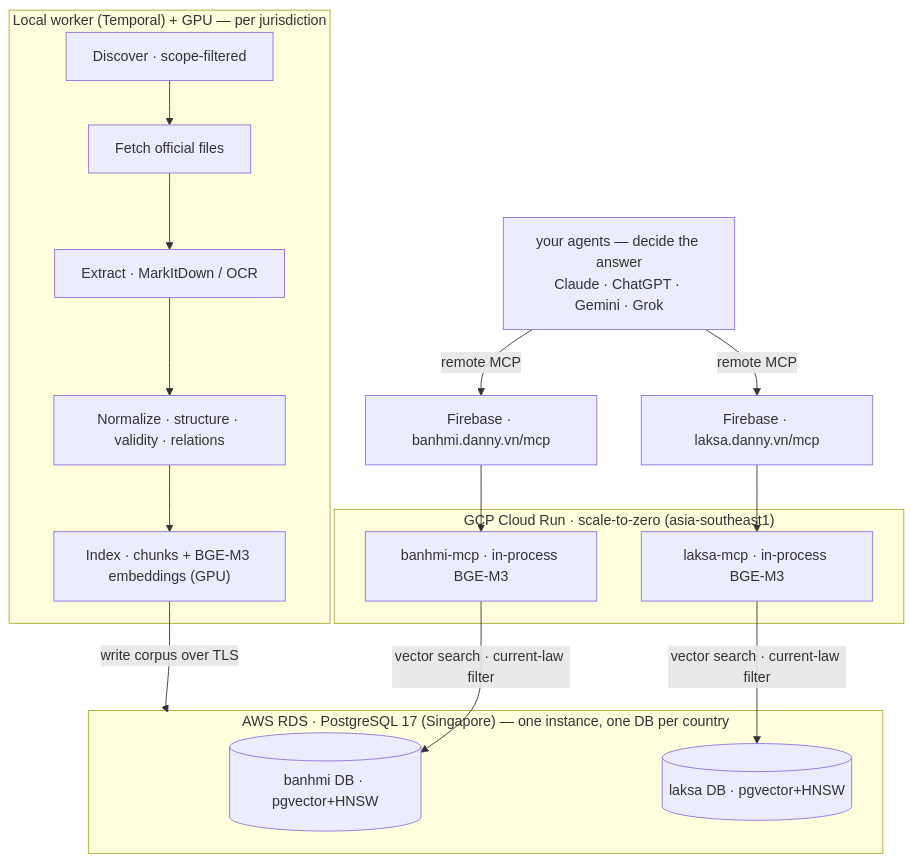
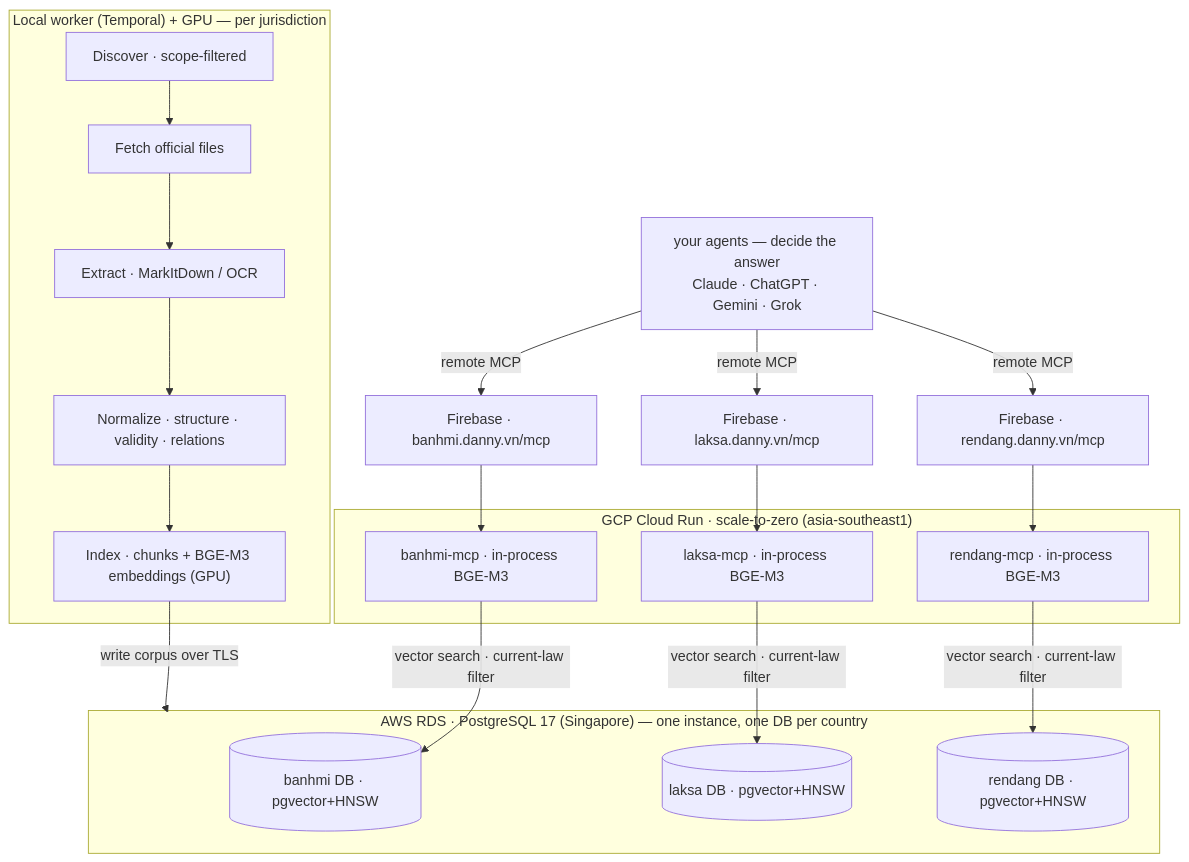
Before and after one commit to dannyota/banhmi: the diagram in README.md, drawn with Mermaid. The commit also changed other lines of this file and 2 other files, not shown here.

First line of the commit message:
docs: add rendang (Indonesia) as live jurisdiction

````diff
--- a/README.md
+++ b/README.md
@@ -88,26 +96,30 @@
 ```mermaid
 flowchart TB
   subgraph LOCAL["Local worker (Temporal) + GPU — per jurisdiction"]
     DISC["Discover · scope-filtered"] --> DL["Fetch official files"]
     DL --> EXT["Extract · MarkItDown / OCR"]
     EXT --> NORM["Normalize · structure · validity · relations"]
     NORM --> IDX["Index · chunks + BGE-M3 embeddings (GPU)"]
   end
 
   subgraph RDS["AWS RDS · PostgreSQL 17 (Singapore) — one instance, one DB per country"]
     PGVN[("banhmi DB · pgvector+HNSW")]
     PGMY[("laksa DB · pgvector+HNSW")]
+    PGID[("rendang DB · pgvector+HNSW")]
   end
 
   subgraph CR["GCP Cloud Run · scale-to-zero (asia-southeast1)"]
     MCPVN["banhmi-mcp · in-process BGE-M3"]
     MCPMY["laksa-mcp · in-process BGE-M3"]
+    MCPID["rendang-mcp · in-process BGE-M3"]
   end
 
   IDX -->|write corpus over TLS| RDS
   MCPVN -->|vector search · current-law filter| PGVN
   MCPMY -->|vector search · current-law filter| PGMY
+  MCPID -->|vector search · current-law filter| PGID
   FBVN["Firebase · banhmi.danny.vn/mcp"] --> MCPVN
   FBMY["Firebase · laksa.danny.vn/mcp"] --> MCPMY
-  USERS["your agents — decide the answer<br/>Claude · ChatGPT · Gemini · Grok"] -->|remote MCP| FBVN & FBMY
+  FBID["Firebase · rendang.danny.vn/mcp"] --> MCPID
+  USERS["your agents — decide the answer<br/>Claude · ChatGPT · Gemini · Grok"] -->|remote MCP| FBVN & FBMY & FBID
 ```
````
